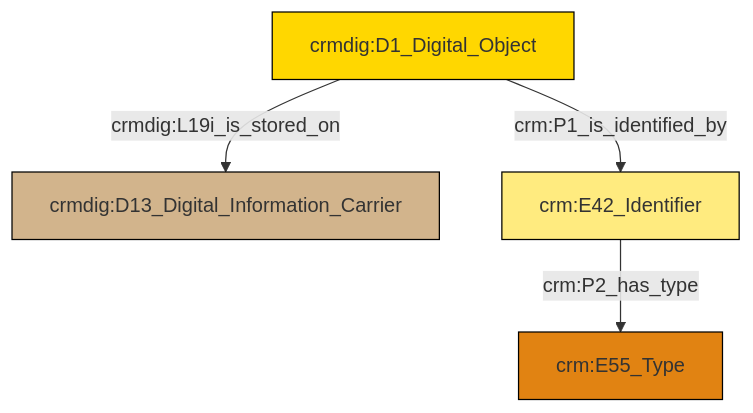
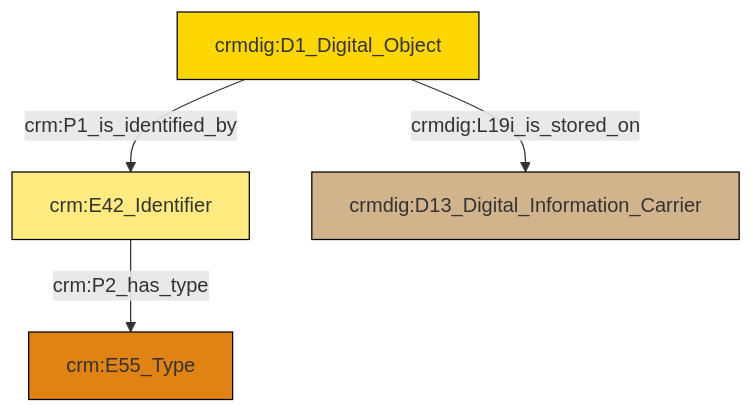
The diagram in et/doCSV/ttl/mmd/do_location.ttl.mmd (swiss-art-research-net/reference-data-models), drawn with Mermaid before and after one commit. The commit also changed 126 other files, not shown here.

```diff
--- a/et/doCSV/ttl/mmd/do_location.ttl.mmd
+++ b/et/doCSV/ttl/mmd/do_location.ttl.mmd
@@ -1,18 +1,18 @@
 graph TD
 classDef Literal fill:#f2f2f2,stroke:#000000;
 classDef CRM_Entity fill:#FFFFFF,stroke:#000000;
 classDef Temporal_Entity fill:#00C9E6, stroke:#000000;
 classDef Type fill:#E18312, stroke:#000000;
 classDef Time-Span fill:#2C9C91, stroke:#000000;
 classDef Appellation fill:#FFEB7F, stroke:#000000;
 classDef Place fill:#008836, stroke:#000000;
 classDef Persistent_Item fill:#B266B2, stroke:#000000;
 classDef Conceptual_Object fill:#FFD700, stroke:#000000;
 classDef Physical_Thing fill:#D2B48C, stroke:#000000;
 classDef Actor fill:#f58aad, stroke:#000000;
 classDef PC_Classes fill:#4ce600, stroke:#000000;
 classDef Multi fill:#cccccc,stroke:#000000;
 
-2["crmdig:D1_Digital_Object"]:::Conceptual_Object -->|crmdig:L19i_is_stored_on| 3["crmdig:D13_Digital_Information_Carrier"]:::Physical_Thing
-2["crmdig:D1_Digital_Object"]:::Conceptual_Object -->|crm:P1_is_identified_by| 5["crm:E42_Identifier"]:::Appellation
-5["crm:E42_Identifier"]:::Appellation -->|crm:P2_has_type| 0["crm:E55_Type"]:::Type
+0["crm:E42_Identifier"]:::Appellation -->|crm:P2_has_type| 1["crm:E55_Type"]:::Type
+3["crmdig:D1_Digital_Object"]:::Conceptual_Object -->|crmdig:L19i_is_stored_on| 4["crmdig:D13_Digital_Information_Carrier"]:::Physical_Thing
+3["crmdig:D1_Digital_Object"]:::Conceptual_Object -->|crm:P1_is_identified_by| 0["crm:E42_Identifier"]:::Appellation
```
